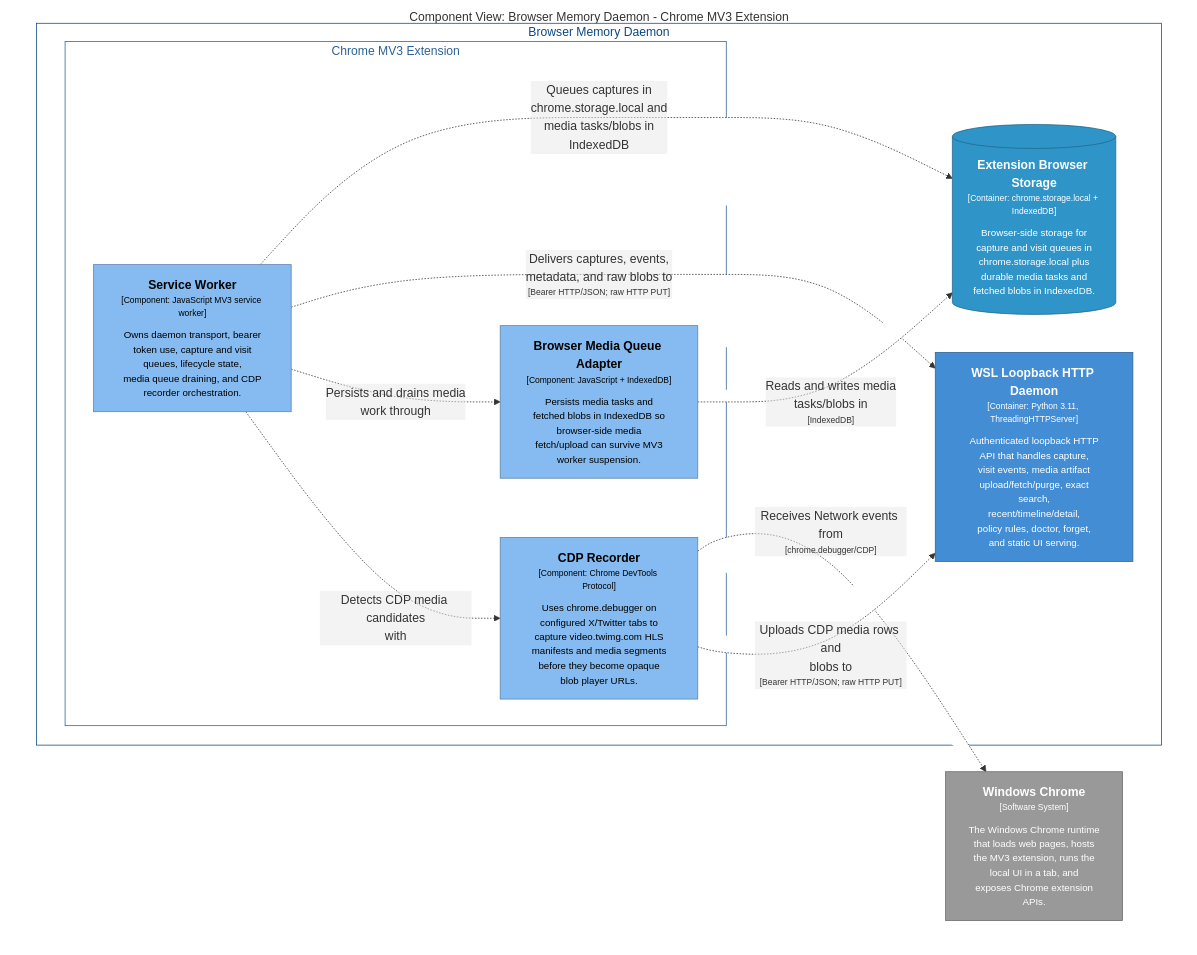
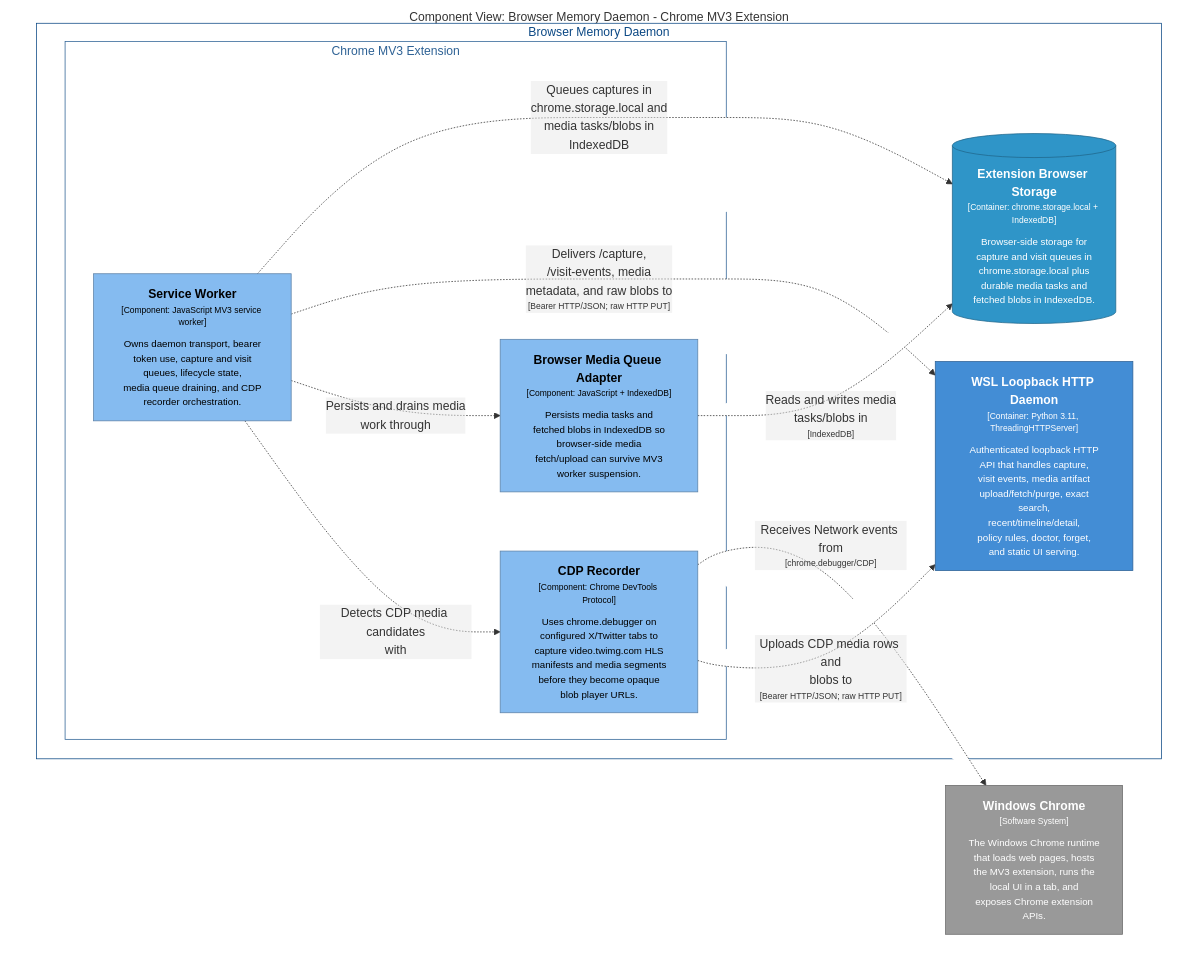
One commit to michaelnicks0/browser-memory-daemon changed the diagram in architecture/diagrams/markdown/ExtensionMediaComponents.md. Above: the diagram before and after it, drawn with Mermaid. The commit also changed 105 other files, not shown here.

Commit message:
docs: reconcile C4 and behavioral diagrams

````diff
--- a/architecture/diagrams/markdown/ExtensionMediaComponents.md
+++ b/architecture/diagrams/markdown/ExtensionMediaComponents.md
@@ -16,40 +16,40 @@
 ```mermaid
 graph TB
   linkStyle default fill:#ffffff
 
   subgraph diagram ["Component View: Browser Memory Daemon - Chrome MV3 Extension"]
     style diagram fill:#ffffff,stroke:#ffffff
 
     2["<div style='font-weight: bold'>Windows Chrome</div><div style='font-size: 70%; margin-top: 0px'>[Software System]</div><div style='font-size: 80%; margin-top:10px'>The Windows Chrome runtime<br />that loads web pages, hosts<br />the MV3 extension, runs the<br />local UI in a tab, and<br />exposes Chrome extension<br />APIs.</div>"]
     style 2 fill:#999999,stroke:#6b6b6b,color:#ffffff
 
     subgraph 4 ["Browser Memory Daemon"]
       style 4 fill:#ffffff,stroke:#0b4884,color:#0b4884
 
       subgraph 5 ["Chrome MV3 Extension"]
         style 5 fill:#ffffff,stroke:#2e6295,color:#2e6295
 
         10["<div style='font-weight: bold'>Browser Media Queue Adapter</div><div style='font-size: 70%; margin-top: 0px'>[Component: JavaScript + IndexedDB]</div><div style='font-size: 80%; margin-top:10px'>Persists media tasks and<br />fetched blobs in IndexedDB so<br />browser-side media<br />fetch/upload can survive MV3<br />worker suspension.</div>"]
         style 10 fill:#85bbf0,stroke:#5d82a8,color:#000000
         11["<div style='font-weight: bold'>CDP Recorder</div><div style='font-size: 70%; margin-top: 0px'>[Component: Chrome DevTools Protocol]</div><div style='font-size: 80%; margin-top:10px'>Uses chrome.debugger on<br />configured X/Twitter tabs to<br />capture video.twimg.com HLS<br />manifests and media segments<br />before they become opaque<br />blob player URLs.</div>"]
         style 11 fill:#85bbf0,stroke:#5d82a8,color:#000000
         9["<div style='font-weight: bold'>Service Worker</div><div style='font-size: 70%; margin-top: 0px'>[Component: JavaScript MV3 service worker]</div><div style='font-size: 80%; margin-top:10px'>Owns daemon transport, bearer<br />token use, capture and visit<br />queues, lifecycle state,<br />media queue draining, and CDP<br />recorder orchestration.</div>"]
         style 9 fill:#85bbf0,stroke:#5d82a8,color:#000000
       end
 
       13[("<div style='font-weight: bold'>Extension Browser Storage</div><div style='font-size: 70%; margin-top: 0px'>[Container: chrome.storage.local + IndexedDB]</div><div style='font-size: 80%; margin-top:10px'>Browser-side storage for<br />capture and visit queues in<br />chrome.storage.local plus<br />durable media tasks and<br />fetched blobs in IndexedDB.</div>")]
       style 13 fill:#2f95c8,stroke:#20688c,color:#ffffff
       14["<div style='font-weight: bold'>WSL Loopback HTTP Daemon</div><div style='font-size: 70%; margin-top: 0px'>[Container: Python 3.11, ThreadingHTTPServer]</div><div style='font-size: 80%; margin-top:10px'>Authenticated loopback HTTP<br />API that handles capture,<br />visit events, media artifact<br />upload/fetch/purge, exact<br />search,<br />recent/timeline/detail,<br />policy rules, doctor, forget,<br />and static UI serving.</div>"]
       style 14 fill:#438dd5,stroke:#2e6295,color:#ffffff
     end
 
     9-. "<div>Queues captures in<br />chrome.storage.local and<br />media tasks/blobs in<br />IndexedDB</div><div style='font-size: 70%'></div>" .->13
-    9-. "<div>Delivers captures, events,<br />metadata, and raw blobs to</div><div style='font-size: 70%'>[Bearer HTTP/JSON; raw HTTP PUT]</div>" .->14
+    9-. "<div>Delivers /capture,<br />/visit-events, media<br />metadata, and raw blobs to</div><div style='font-size: 70%'>[Bearer HTTP/JSON; raw HTTP PUT]</div>" .->14
     9-. "<div>Persists and drains media<br />work through</div><div style='font-size: 70%'></div>" .->10
     10-. "<div>Reads and writes media<br />tasks/blobs in</div><div style='font-size: 70%'>[IndexedDB]</div>" .->13
     9-. "<div>Detects CDP media candidates<br />with</div><div style='font-size: 70%'></div>" .->11
     11-. "<div>Receives Network events from</div><div style='font-size: 70%'>[chrome.debugger/CDP]</div>" .->2
     11-. "<div>Uploads CDP media rows and<br />blobs to</div><div style='font-size: 70%'>[Bearer HTTP/JSON; raw HTTP PUT]</div>" .->14
 
   end
 ```
````
